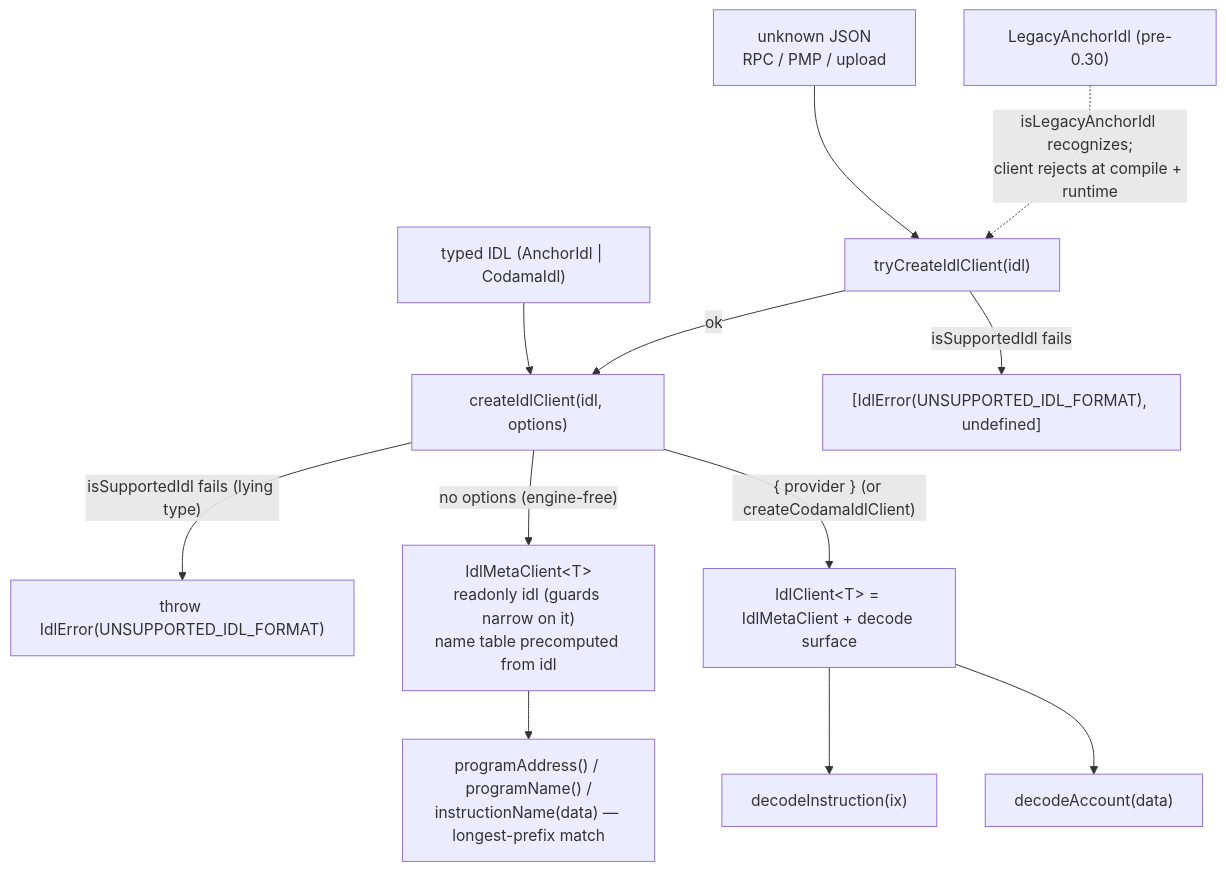
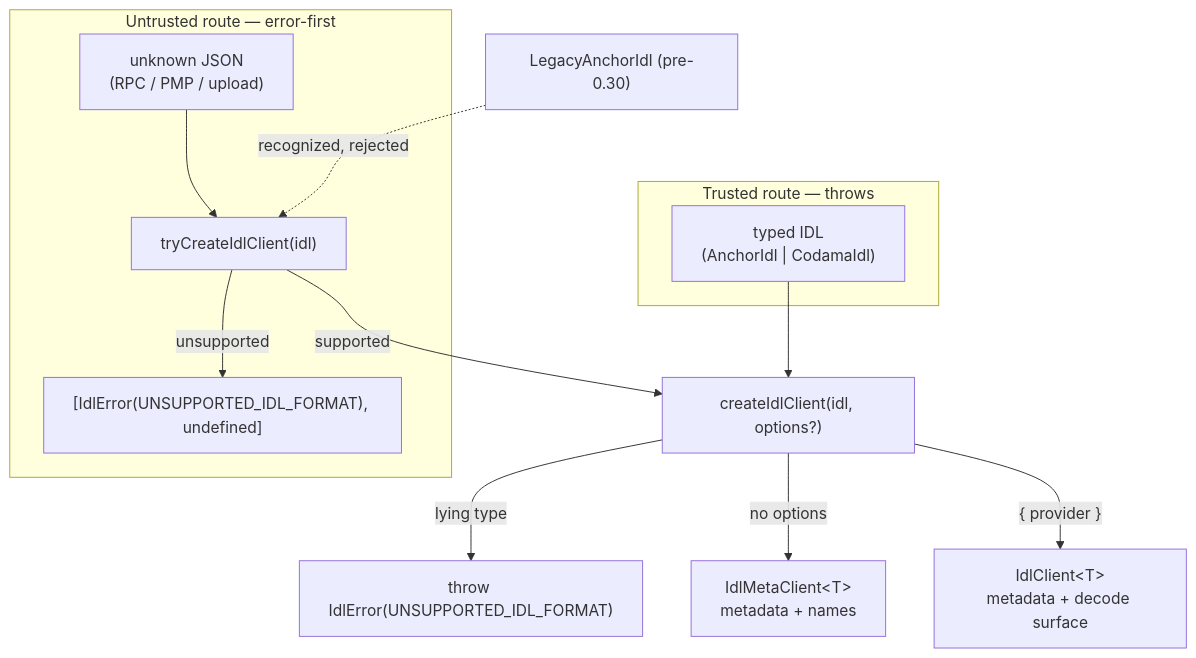
The first of 2 diagrams in packages/idl/DESIGN.md (hoodieshq/explorer), drawn with Mermaid before and after one commit.

Commit message:
docs(idl): restructure the client-flow diagram into trusted/untrusted routes

````diff
--- a/packages/idl/DESIGN.md
+++ b/packages/idl/DESIGN.md
@@ -34,14 +34,16 @@
 ```mermaid
 flowchart TD
-    RAW[unknown JSON<br/>RPC / PMP / upload] --> TRY["tryCreateIdlClient(idl)"]
-    TYPED["typed IDL (AnchorIdl | CodamaIdl)"] --> CREATE["createIdlClient(idl, options)"]
-    TRY -->|"isSupportedIdl fails"| ERR["[IdlError(UNSUPPORTED_IDL_FORMAT), undefined]"]
-    TRY -->|ok| CREATE
-    CREATE -->|"isSupportedIdl fails (lying type)"| THROW["throw IdlError(UNSUPPORTED_IDL_FORMAT)"]
-    CREATE -->|"no options (engine-free)"| METACLIENT["IdlMetaClient&lt;T&gt;<br/>readonly idl (guards narrow on it)<br/>name table precomputed from idl"]
-    CREATE -->|"{ provider } (or createCodamaIdlClient)"| CLIENT["IdlClient&lt;T&gt; = IdlMetaClient + decode surface"]
-    METACLIENT --> META["programAddress() / programName() /<br/>instructionName(data) — longest-prefix match"]
-    CLIENT --> DI["decodeInstruction(ix)"]
-    CLIENT --> DA["decodeAccount(data)"]
-    LEGACY["LegacyAnchorIdl (pre-0.30)"] -. "isLegacyAnchorIdl recognizes;<br/>client rejects at compile + runtime" .-> TRY
+    subgraph UNTRUSTED["Untrusted route — error-first"]
+        RAW["unknown JSON<br/>(RPC / PMP / upload)"] --> TRY["tryCreateIdlClient(idl)"]
+        TRY -->|"unsupported"| ERR["[IdlError(UNSUPPORTED_IDL_FORMAT), undefined]"]
+    end
+    subgraph TRUSTED["Trusted route — throws"]
+        TYPED["typed IDL<br/>(AnchorIdl | CodamaIdl)"]
+    end
+    TRY -->|"supported"| CREATE["createIdlClient(idl, options?)"]
+    TYPED --> CREATE
+    CREATE -->|"lying type"| THROW["throw IdlError(UNSUPPORTED_IDL_FORMAT)"]
+    CREATE -->|"no options"| META["IdlMetaClient&lt;T&gt;<br/>metadata + names"]
+    CREATE -->|"{ provider }"| CLIENT["IdlClient&lt;T&gt;<br/>metadata + decode surface"]
+    LEGACY["LegacyAnchorIdl (pre-0.30)"] -. "recognized, rejected" .-> TRY
 ```
````
